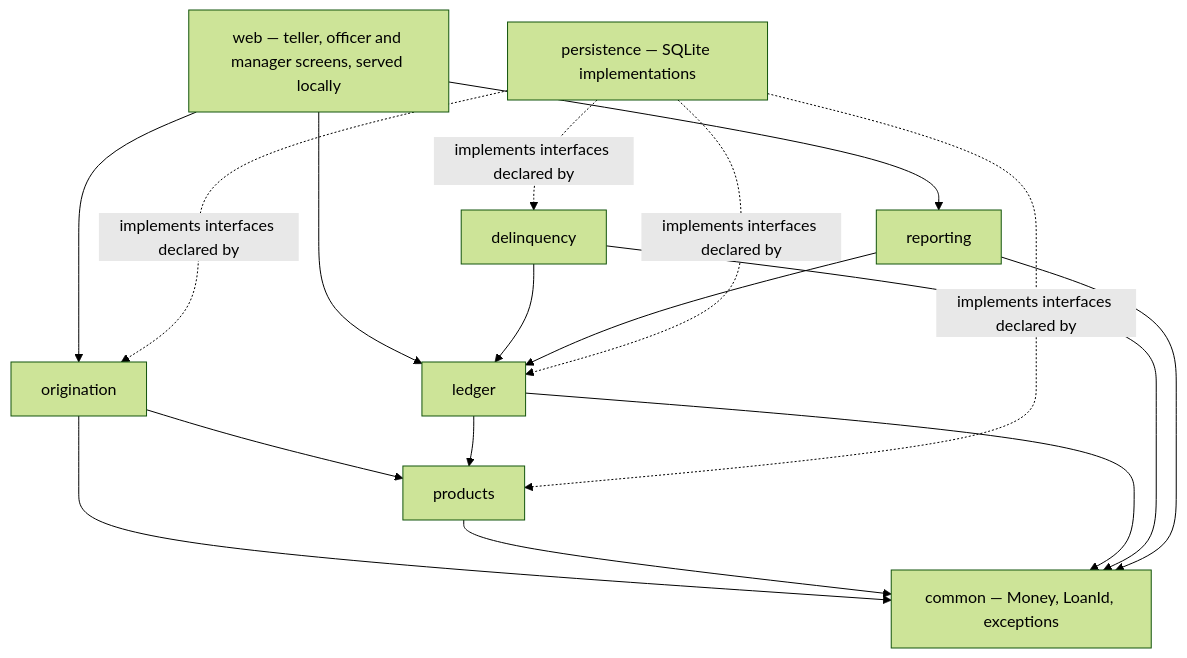
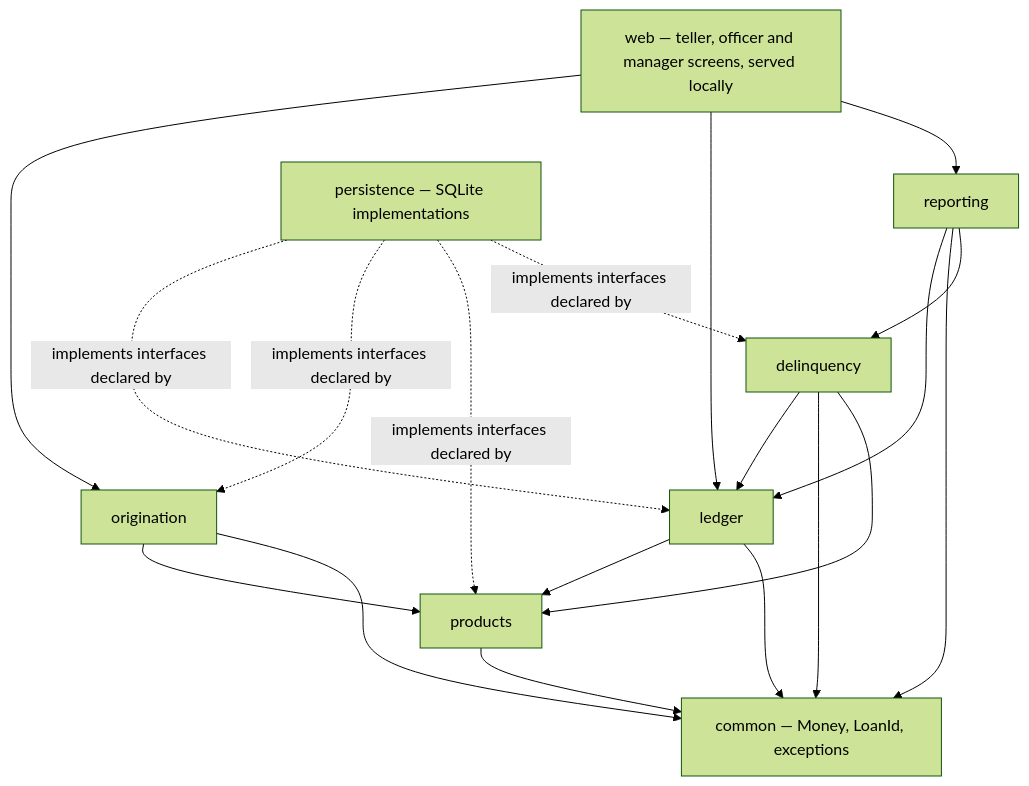
The fifth of 5 diagrams in docs/M1-SE423-Proposal-OOD-Pattern-Plan.md (MicroLend-SE423/microlend), drawn with Mermaid (forest theme) before and after one commit. The commit also changed other lines of this file and 12 other files, not shown here.

````diff
--- a/docs/M1-SE423-Proposal-OOD-Pattern-Plan.md
+++ b/docs/M1-SE423-Proposal-OOD-Pattern-Plan.md
@@ -473,28 +496,30 @@
 ```mermaid
 flowchart TB
     WEB[web — teller, officer and manager screens, served locally]
     ORIG[origination]
     PROD[products]
     LED[ledger]
     DEL[delinquency]
     REP[reporting]
     COMMON[common — Money, LoanId, exceptions]
     PERSIST[persistence — SQLite implementations]
 
     WEB --> ORIG
     WEB --> LED
     WEB --> REP
     ORIG --> PROD
     ORIG --> COMMON
     PROD --> COMMON
     LED --> PROD
     LED --> COMMON
     DEL --> LED
     DEL --> COMMON
     REP --> LED
     REP --> COMMON
+    DEL --> PROD
+    REP --> DEL
     PERSIST -.implements interfaces declared by.-> LED
     PERSIST -.implements interfaces declared by.-> ORIG
     PERSIST -.implements interfaces declared by.-> PROD
     PERSIST -.implements interfaces declared by.-> DEL
 ```
````
